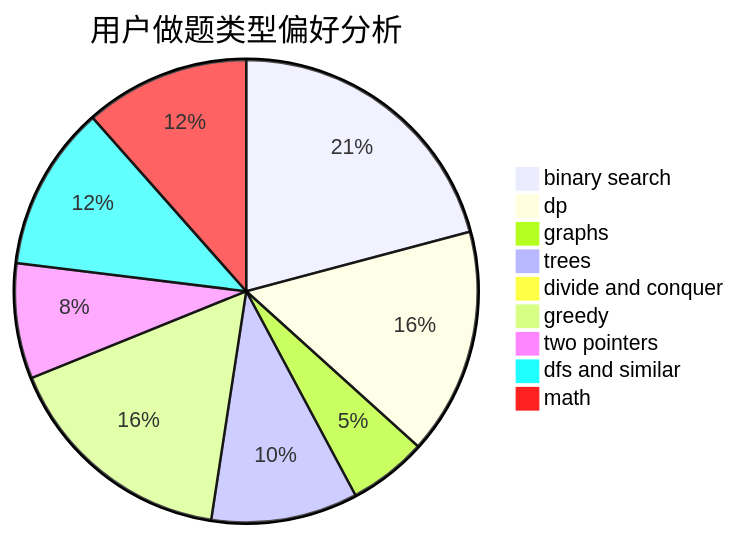
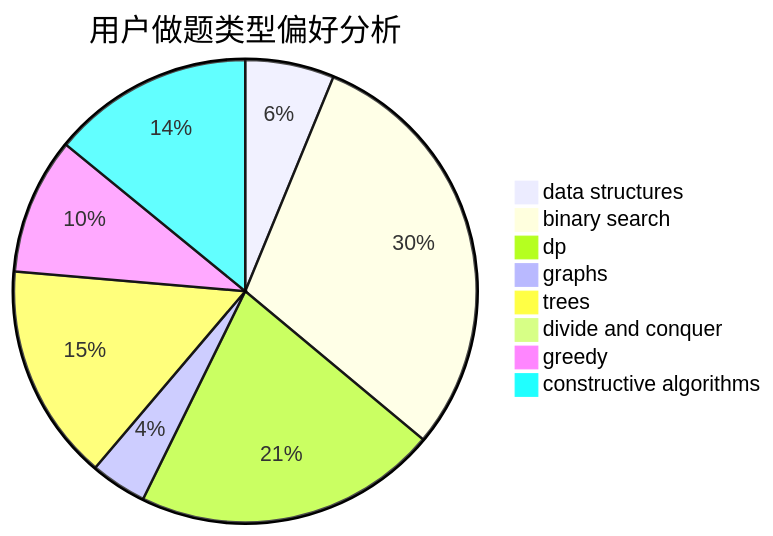
Before and after one commit to sherpahu/cfrs.github.io: the second of 3 diagrams in docs/user/u2245.md, drawn with Mermaid. The commit also changed other lines of this file and 2775 other files, not shown here.

````diff
--- a/docs/user/u2245.md
+++ b/docs/user/u2245.md
@@ -23,12 +23,11 @@
 ```mermaid
 pie title 用户做题类型偏好分析
-    "binary search" :  228
-    "dp" :  173
-    "graphs" :  60
-    "trees" :  112
+    "data structures" :  41
+    "binary search" :  197
+    "dp" :  140
+    "graphs" :  26
+    "trees" :  100
     "divide and conquer" :  0
-    "greedy" :  180
-    "two pointers" :  88
-    "dfs and similar" :  126
-    "math" :  126
+    "greedy" :  63
+    "constructive algorithms" :  93
 ```
````
